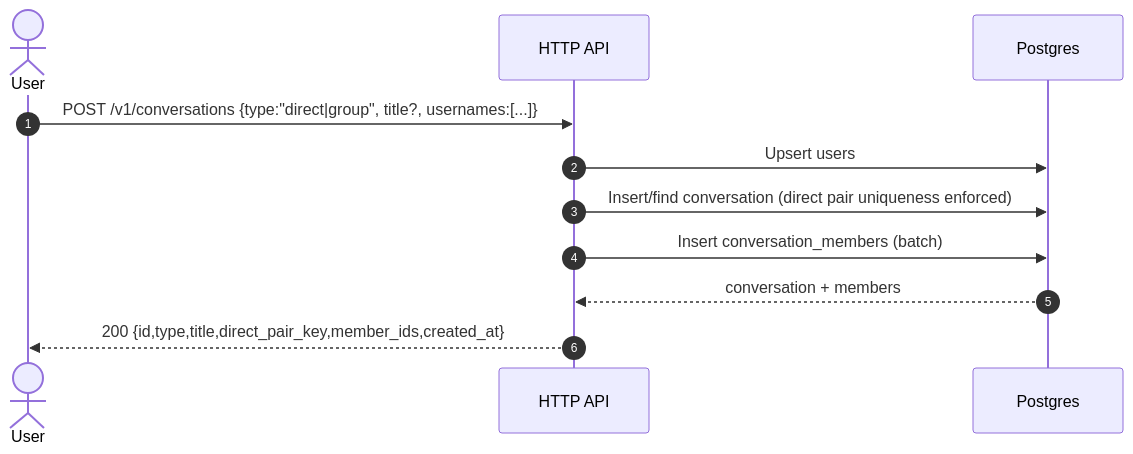
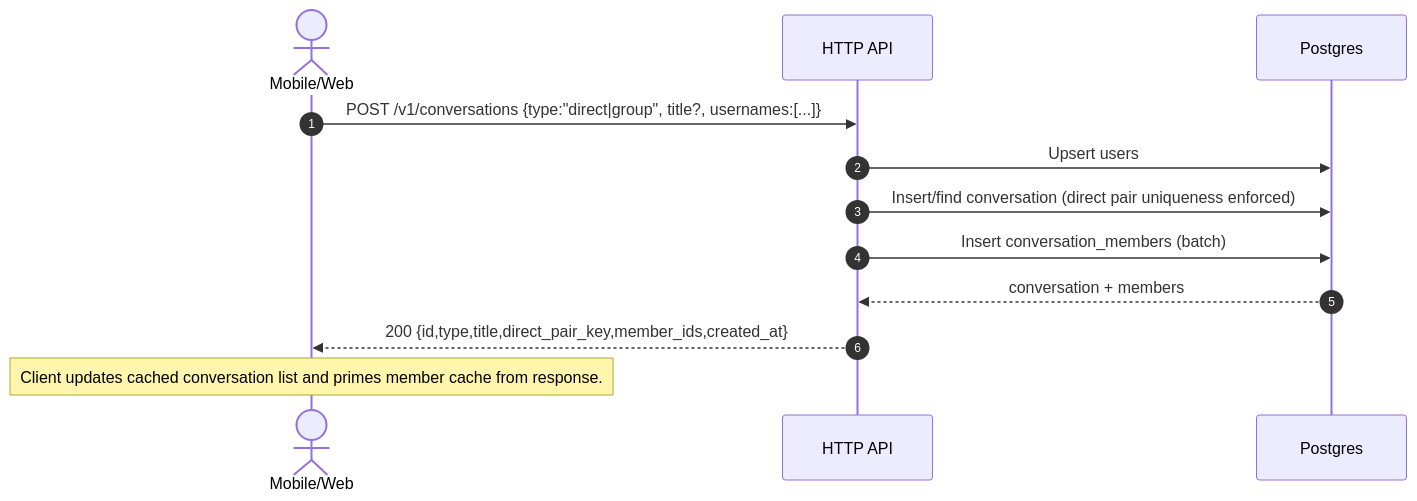
The third of 4 diagrams in backend/docs/architecture/end_to_end/README.md (fakhrymubarak/share-location), drawn with Mermaid before and after one commit. The commit also changed other lines of this file, not shown here.

Commit message:
docs: expand e2e sequences with clients and caching

````diff
--- a/backend/docs/architecture/end_to_end/README.md
+++ b/backend/docs/architecture/end_to_end/README.md
@@ -36,14 +39,15 @@
 ```mermaid
 sequenceDiagram
     autonumber
-    actor User
+    actor Client as Mobile/Web
     participant API as HTTP API
     participant DB as Postgres
 
-    User->>API: POST /v1/conversations {type:"direct|group", title?, usernames:[...]}
+    Client->>API: POST /v1/conversations {type:"direct|group", title?, usernames:[...]}
     API->>DB: Upsert users
     API->>DB: Insert/find conversation (direct pair uniqueness enforced)
     API->>DB: Insert conversation_members (batch)
     DB-->>API: conversation + members
-    API-->>User: 200 {id,type,title,direct_pair_key,member_ids,created_at}
+    API-->>Client: 200 {id,type,title,direct_pair_key,member_ids,created_at}
+    Note over Client: Client updates cached conversation list and primes member cache from response.
 ```
````
